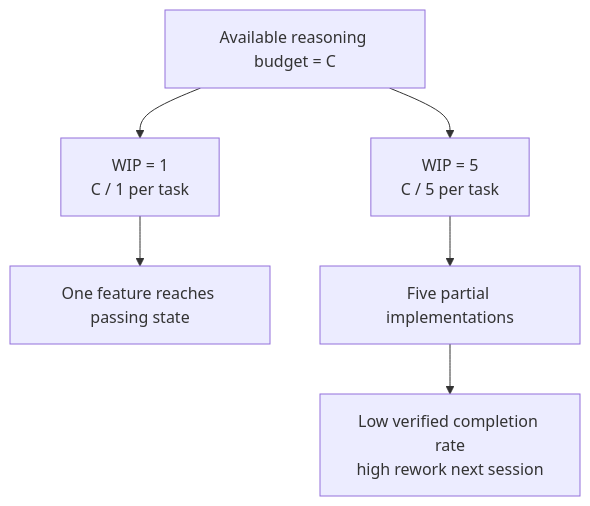
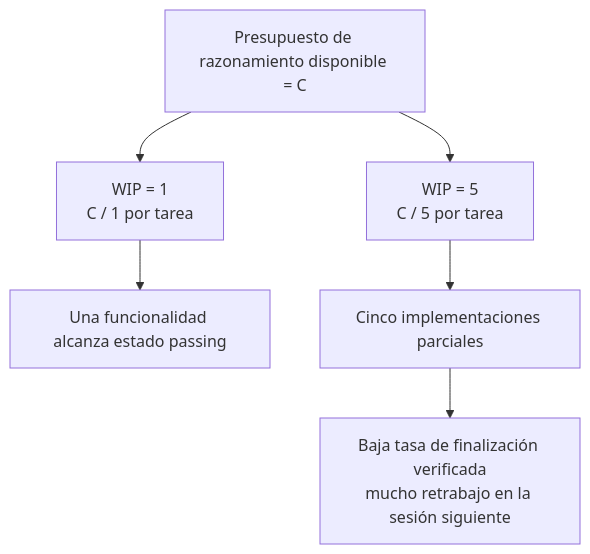
One commit to jordipiella/learn-harness-engineering changed the second of 2 diagrams in docs/es/lectures/lecture-07-why-agents-overreach-and-under-finish/index.md. Above: the diagram before and after it, drawn with Mermaid. The commit also changed other lines of this file and 108 other files, not shown here.

````diff
--- a/docs/es/lectures/lecture-07-why-agents-overreach-and-under-finish/index.md
+++ b/docs/es/lectures/lecture-07-why-agents-overreach-and-under-finish/index.md
@@ -43,9 +43,9 @@
 ```mermaid
 flowchart TB
-    Budget["Available reasoning budget = C"] --> One["WIP = 1<br/>C / 1 per task"]
-    Budget --> Many["WIP = 5<br/>C / 5 per task"]
+    Budget["Presupuesto de razonamiento disponible = C"] --> One["WIP = 1<br/>C / 1 por tarea"]
+    Budget --> Many["WIP = 5<br/>C / 5 por tarea"]
 
-    One --> Finish["One feature reaches passing state"]
-    Many --> Partial["Five partial implementations"]
-    Partial --> VCR["Low verified completion rate<br/>high rework next session"]
+    One --> Finish["Una funcionalidad alcanza estado passing"]
+    Many --> Partial["Cinco implementaciones parciales"]
+    Partial --> VCR["Baja tasa de finalización verificada<br/>mucho retrabajo en la sesión siguiente"]
 ```
````
